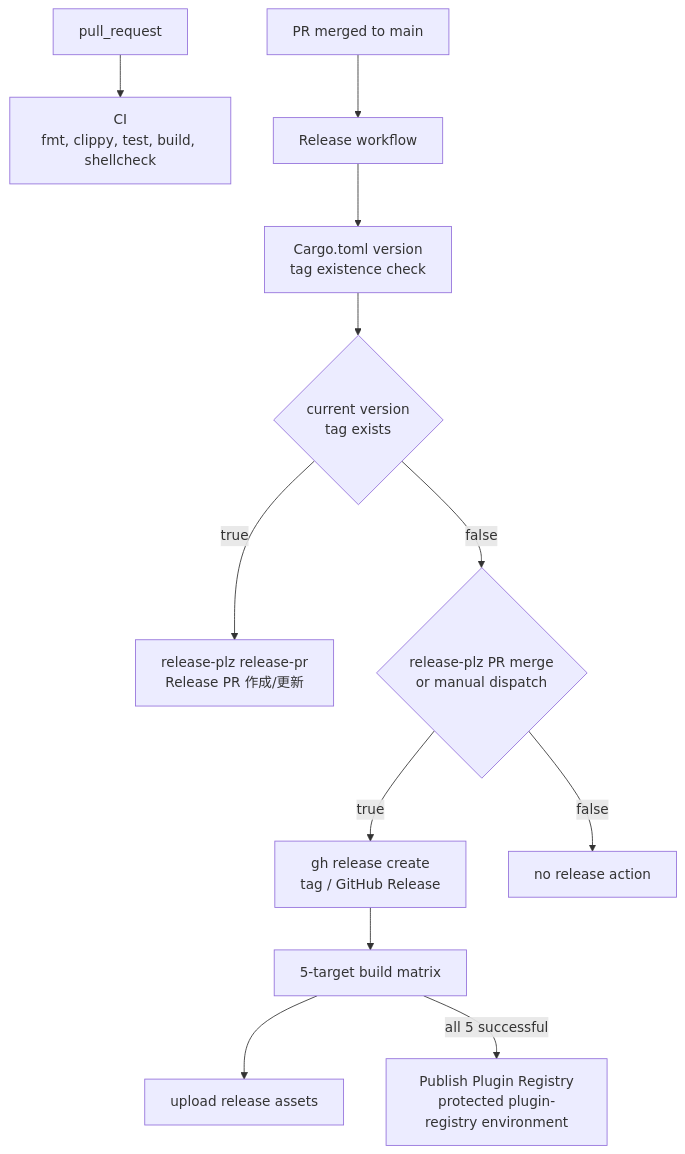
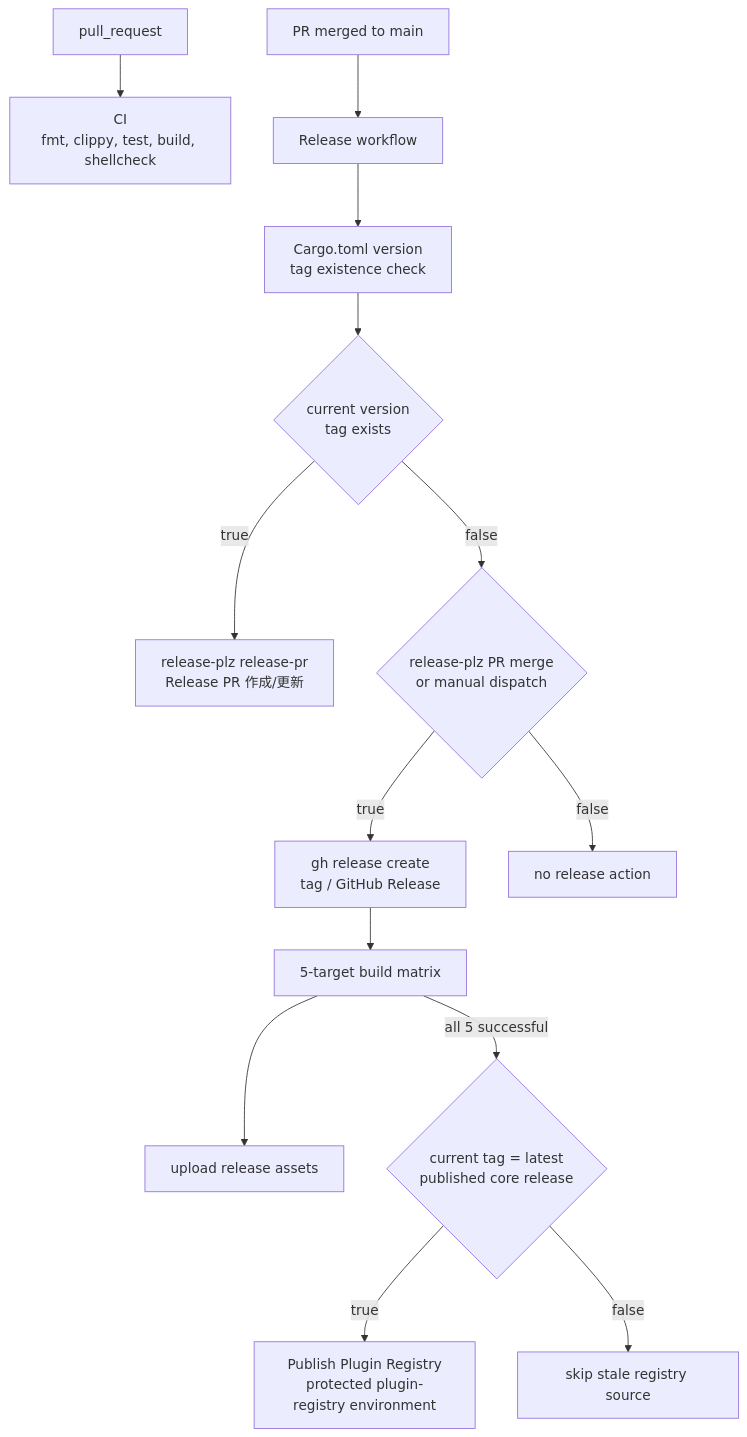
The diagram in docs/ci-cd/README.md (rurusasu/article-collector), drawn with Mermaid before and after one commit. The commit also changed other lines of this file and 3 other files, not shown here.

Commit message:
ci: prevent stale registry publication

````diff
--- a/docs/ci-cd/README.md
+++ b/docs/ci-cd/README.md
@@ -10,14 +10,16 @@
 ```mermaid
 graph TB
   pr["pull_request"] --> ci["CI<br/>fmt, clippy, test, build, shellcheck"]
   merge["PR merged to main"] --> release["Release workflow"]
   release --> tagcheck["Cargo.toml version<br/>tag existence check"]
   tagcheck --> exists{"current version<br/>tag exists"}
   exists -->|true| rp["release-plz release-pr<br/>Release PR 作成/更新"]
   exists -->|false| requested{"release-plz PR merge<br/>or manual dispatch"}
   requested -->|true| publish["gh release create<br/>tag / GitHub Release"]
   requested -->|false| noop["no release action"]
   publish --> build["5-target build matrix"]
   build --> upload["upload release assets"]
-  build -->|all 5 successful| registry["Publish Plugin Registry<br/>protected plugin-registry environment"]
+  build -->|all 5 successful| sourceorder{"current tag = latest<br/>published core release"}
+  sourceorder -->|true| registry["Publish Plugin Registry<br/>protected plugin-registry environment"]
+  sourceorder -->|false| stale["skip stale registry source"]
 ```
````
